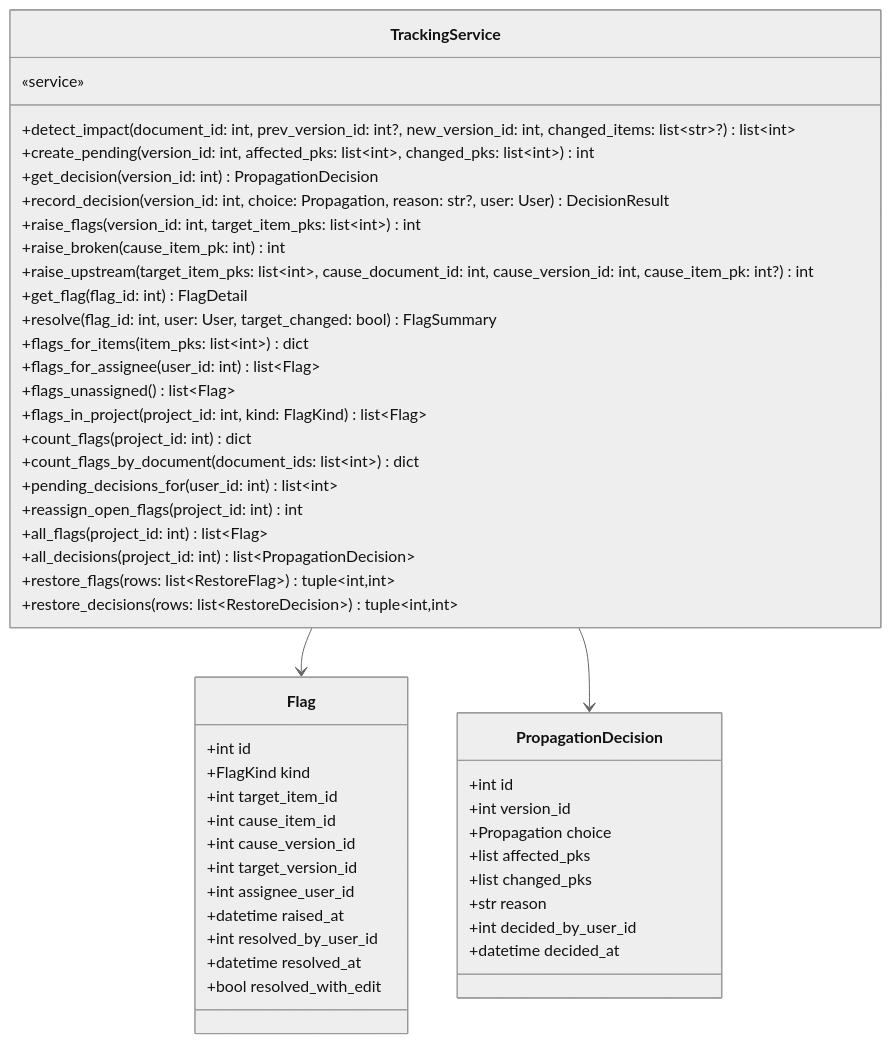
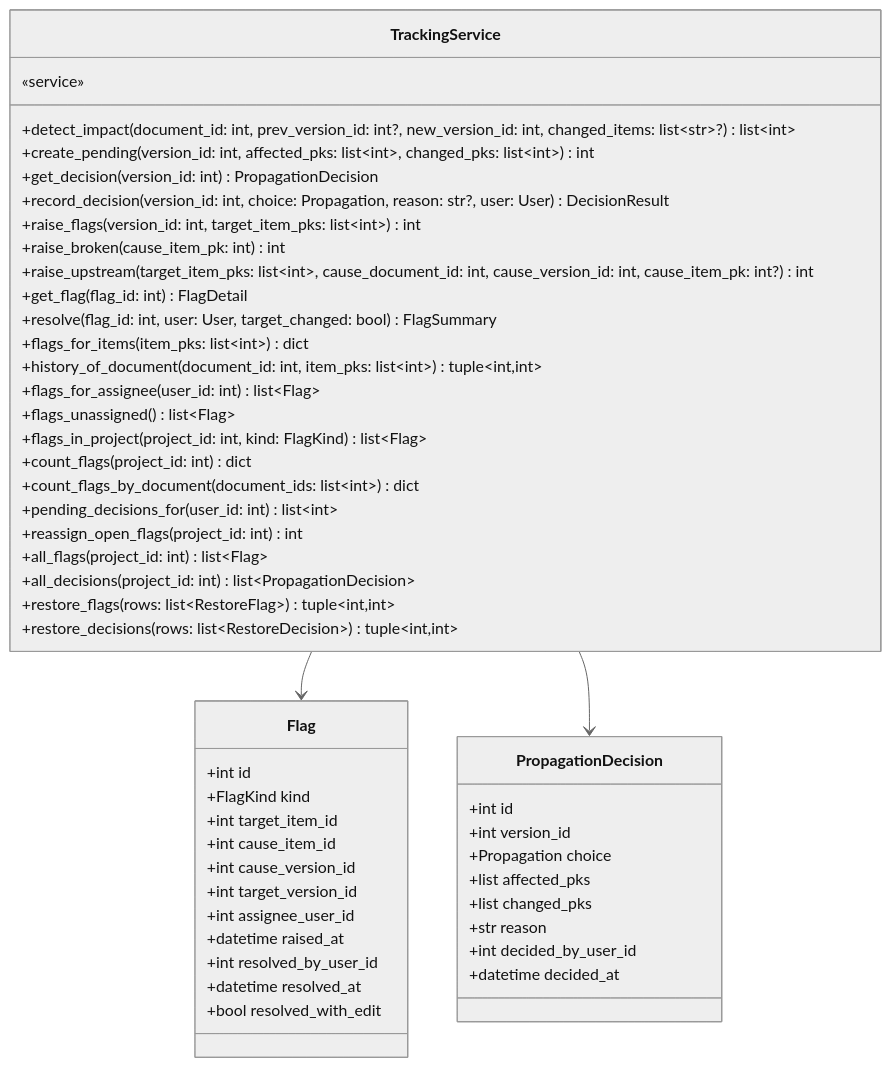
Diagram 19 of 21 in docs/specs/06-DOM/SYNC-DOM-002.md (HoyoungParkme/syncdoc), drawn with Mermaid (neutral theme) before and after one commit. The commit also changed other lines of this file and 38 other files, not shown here.

````diff
--- a/docs/specs/06-DOM/SYNC-DOM-002.md
+++ b/docs/specs/06-DOM/SYNC-DOM-002.md
@@ -776,52 +779,53 @@
 ```mermaid
 classDiagram
     class TrackingService {
         «service»
         +detect_impact(document_id: int, prev_version_id: int?, new_version_id: int, changed_items: list~str~?) list~int~
         +create_pending(version_id: int, affected_pks: list~int~, changed_pks: list~int~) int
         +get_decision(version_id: int) PropagationDecision
         +record_decision(version_id: int, choice: Propagation, reason: str?, user: User) DecisionResult
         +raise_flags(version_id: int, target_item_pks: list~int~) int
         +raise_broken(cause_item_pk: int) int
         +raise_upstream(target_item_pks: list~int~, cause_document_id: int, cause_version_id: int, cause_item_pk: int?) int
         +get_flag(flag_id: int) FlagDetail
         +resolve(flag_id: int, user: User, target_changed: bool) FlagSummary
         +flags_for_items(item_pks: list~int~) dict
+        +history_of_document(document_id: int, item_pks: list~int~) tuple~int,int~
         +flags_for_assignee(user_id: int) list~Flag~
         +flags_unassigned() list~Flag~
         +flags_in_project(project_id: int, kind: FlagKind) list~Flag~
         +count_flags(project_id: int) dict
         +count_flags_by_document(document_ids: list~int~) dict
         +pending_decisions_for(user_id: int) list~int~
         +reassign_open_flags(project_id: int) int
         +all_flags(project_id: int) list~Flag~
         +all_decisions(project_id: int) list~PropagationDecision~
         +restore_flags(rows: list~RestoreFlag~) tuple~int,int~
         +restore_decisions(rows: list~RestoreDecision~) tuple~int,int~
     }
     class Flag {
         +int id
         +FlagKind kind
         +int target_item_id
         +int cause_item_id
         +int cause_version_id
         +int target_version_id
         +int assignee_user_id
         +datetime raised_at
         +int resolved_by_user_id
         +datetime resolved_at
         +bool resolved_with_edit
     }
     class PropagationDecision {
         +int id
         +int version_id
         +Propagation choice
         +list affected_pks
         +list changed_pks
         +str reason
         +int decided_by_user_id
         +datetime decided_at
     }
     TrackingService --> Flag
     TrackingService --> PropagationDecision
 ```
````
